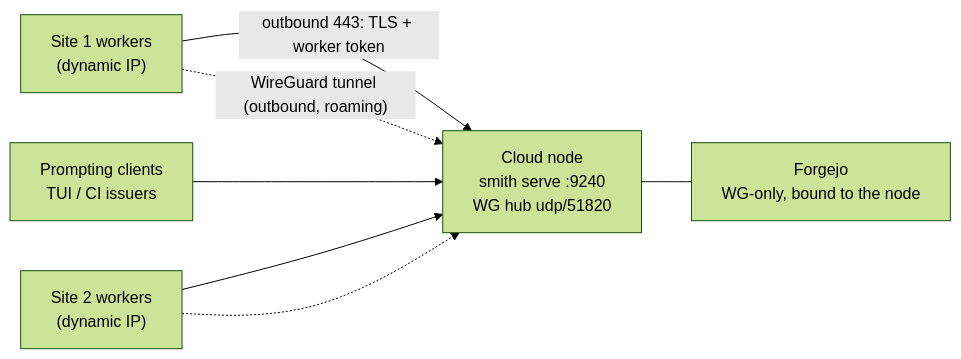
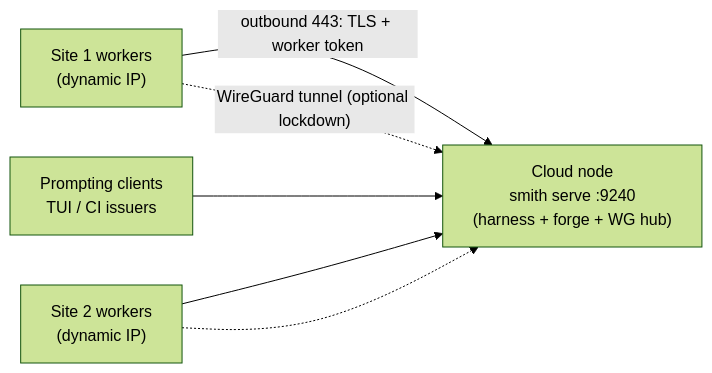
Before and after one commit to samgwise/smith: the diagram in docs/CLOUD_DEPLOYMENT.md, drawn with Mermaid (forest theme). The commit also changed other lines of this file and 17 other files, not shown here.

````diff
--- a/docs/CLOUD_DEPLOYMENT.md
+++ b/docs/CLOUD_DEPLOYMENT.md
@@ -14,15 +14,13 @@
 ```mermaid
 flowchart LR
   S1["Site 1 workers<br/>(dynamic IP)"]
   S2["Site 2 workers<br/>(dynamic IP)"]
-  D["Cloud node<br/>smith serve :9240<br/>WG hub udp/51820"]
-  F["Forgejo<br/>WG-only, bound to the node"]
+  D["Cloud node<br/>smith serve :9240<br/>(harness + forge + WG hub)"]
   P["Prompting clients<br/>TUI / CI issuers"]
 
   S1 -->|"outbound 443: TLS + worker token"| D
   S2 --> D
   P --> D
-  S1 -.->|"WireGuard tunnel (outbound, roaming)"| D
+  S1 -.->|"WireGuard tunnel (optional lockdown)"| D
   S2 -.-> D
-  D --- F
 ```
````
